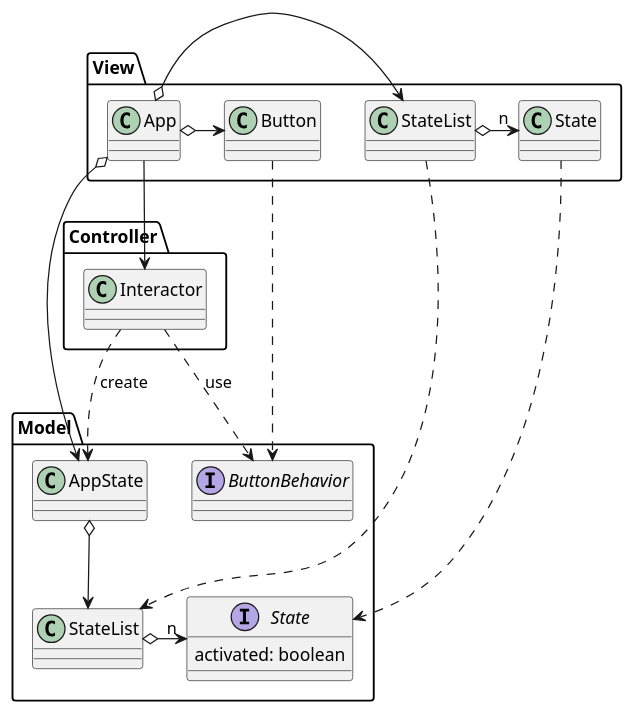
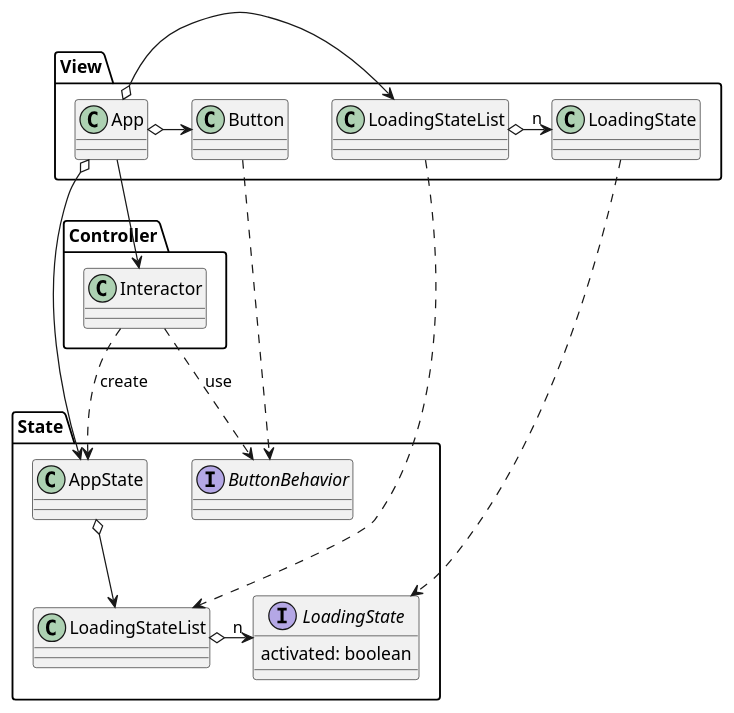
One commit to tooppoo/sample-for-vue-with-design-patterns changed the first of 2 diagrams in docs/strategy.puml. Above: the diagram before and after it, drawn with PlantUML. The commit also changed other lines of this file and 3 other files, not shown here.

```diff
--- a/docs/strategy.puml
+++ b/docs/strategy.puml
@@ -1,36 +1,36 @@
-@startuml View And Model
+@startuml View And State
 package View {
   class App
-  class "StateList" as VStateList
-  class "State" as VState
+  class "LoadingStateList" as VStateList
+  class "LoadingState" as VState
   class Button
 
   App o-r-> VStateList
   VStateList o-r-> "n" VState
 
   App o-r-> Button
 }
 
 package Controller {
   class Interactor
 }
 
-package Model {
+package State {
   interface ButtonBehavior
-  interface "State" as MState {
+  interface "LoadingState" as MState {
     activated: boolean
   }
-  class "StateList" as MStateList
+  class "LoadingStateList" as MStateList
   MStateList o-l-> "n" MState
 
   AppState o--> MStateList
   Interactor .r.> AppState : create
   Interactor ..> ButtonBehavior : use
 }
 
 App --> Interactor
 App o--> AppState
 VStateList ..> MStateList
 VState ..> MState
 Button ..> ButtonBehavior
 @enduml
```
